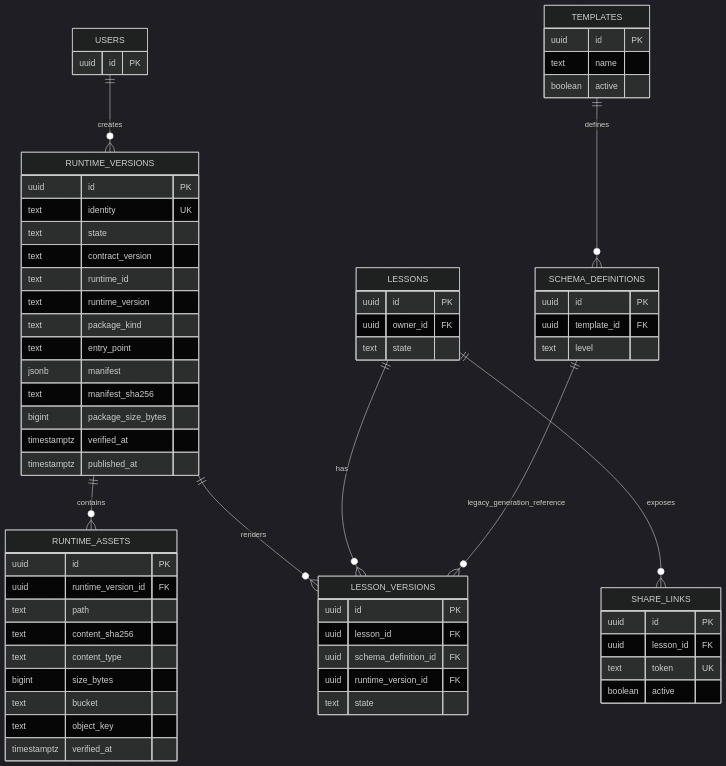
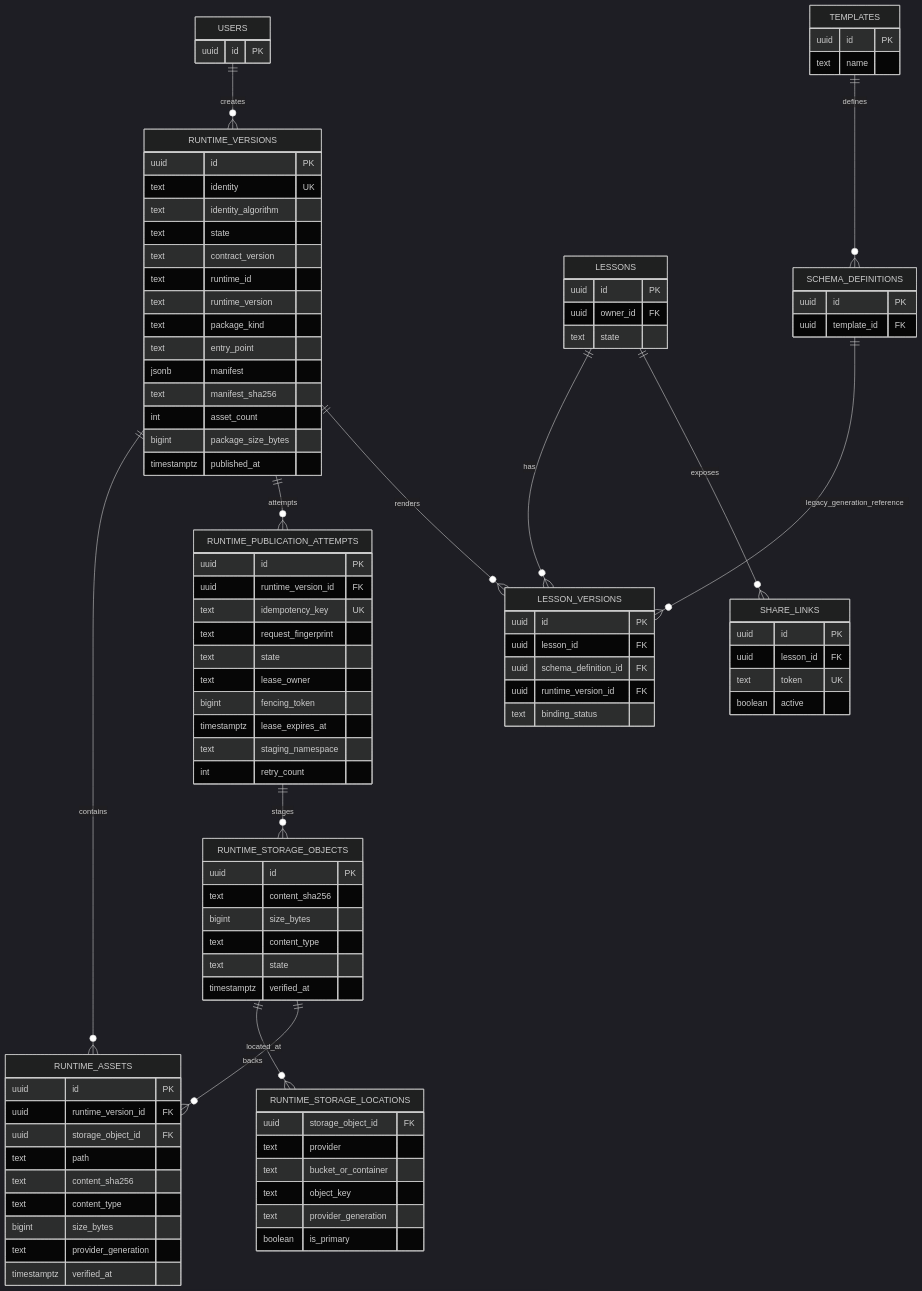
One commit to Ahmedwa70/fusaha changed the diagram in docs/architecture/PERSISTENT_RUNTIME_STORAGE_ADR.md. Above: the diagram before and after it, drawn with Mermaid (dark theme). The commit also changed other lines of this file, not shown here.

Commit message:
Refine persistent runtime storage contract

```diff
--- a/docs/architecture/PERSISTENT_RUNTIME_STORAGE_ADR.md
+++ b/docs/architecture/PERSISTENT_RUNTIME_STORAGE_ADR.md
@@ -259,15 +237,20 @@
 erDiagram
     USERS ||--o{ RUNTIME_VERSIONS : creates
     RUNTIME_VERSIONS ||--o{ RUNTIME_ASSETS : contains
+    RUNTIME_VERSIONS ||--o{ RUNTIME_PUBLICATION_ATTEMPTS : attempts
     RUNTIME_VERSIONS ||--o{ LESSON_VERSIONS : renders
+    RUNTIME_PUBLICATION_ATTEMPTS ||--o{ RUNTIME_STORAGE_OBJECTS : stages
+    RUNTIME_STORAGE_OBJECTS ||--o{ RUNTIME_STORAGE_LOCATIONS : located_at
+    RUNTIME_STORAGE_OBJECTS ||--o{ RUNTIME_ASSETS : backs
     LESSONS ||--o{ LESSON_VERSIONS : has
+    LESSONS ||--o{ SHARE_LINKS : exposes
     SCHEMA_DEFINITIONS ||--o{ LESSON_VERSIONS : legacy_generation_reference
     TEMPLATES ||--o{ SCHEMA_DEFINITIONS : defines
-    LESSONS ||--o{ SHARE_LINKS : exposes
 
     RUNTIME_VERSIONS {
         uuid id PK
         text identity UK
+        text identity_algorithm
         text state
         text contract_version
         text runtime_id
@@ -276,21 +259,52 @@
         text entry_point
         jsonb manifest
         text manifest_sha256
+        int asset_count
         bigint package_size_bytes
-        timestamptz verified_at
         timestamptz published_at
     }
 
     RUNTIME_ASSETS {
         uuid id PK
         uuid runtime_version_id FK
+        uuid storage_object_id FK
         text path
         text content_sha256
         text content_type
         bigint size_bytes
-        text bucket
+        text provider_generation
+        timestamptz verified_at
+    }
+
+    RUNTIME_PUBLICATION_ATTEMPTS {
+        uuid id PK
+        uuid runtime_version_id FK
+        text idempotency_key UK
+        text request_fingerprint
+        text state
+        text lease_owner
+        bigint fencing_token
+        timestamptz lease_expires_at
+        text staging_namespace
+        int retry_count
+    }
+
+    RUNTIME_STORAGE_OBJECTS {
+        uuid id PK
+        text content_sha256
+        bigint size_bytes
+        text content_type
+        text state
+        timestamptz verified_at
+    }
+
+    RUNTIME_STORAGE_LOCATIONS {
+        uuid storage_object_id FK
+        text provider
+        text bucket_or_container
         text object_key
-        timestamptz verified_at
+        text provider_generation
+        boolean is_primary
     }
 
     LESSON_VERSIONS {
@@ -298,25 +312,13 @@
         uuid lesson_id FK
         uuid schema_definition_id FK
         uuid runtime_version_id FK
-        text state
+        text binding_status
     }
 
     LESSONS {
         uuid id PK
         uuid owner_id FK
         text state
-    }
-
-    SCHEMA_DEFINITIONS {
-        uuid id PK
-        uuid template_id FK
-        text level
-    }
-
-    TEMPLATES {
-        uuid id PK
-        text name
-        boolean active
     }
 
     SHARE_LINKS {
@@ -326,6 +328,16 @@
         boolean active
     }
 
+    SCHEMA_DEFINITIONS {
+        uuid id PK
+        uuid template_id FK
+    }
+
+    TEMPLATES {
+        uuid id PK
+        text name
+    }
+
     USERS {
         uuid id PK
     }
```
